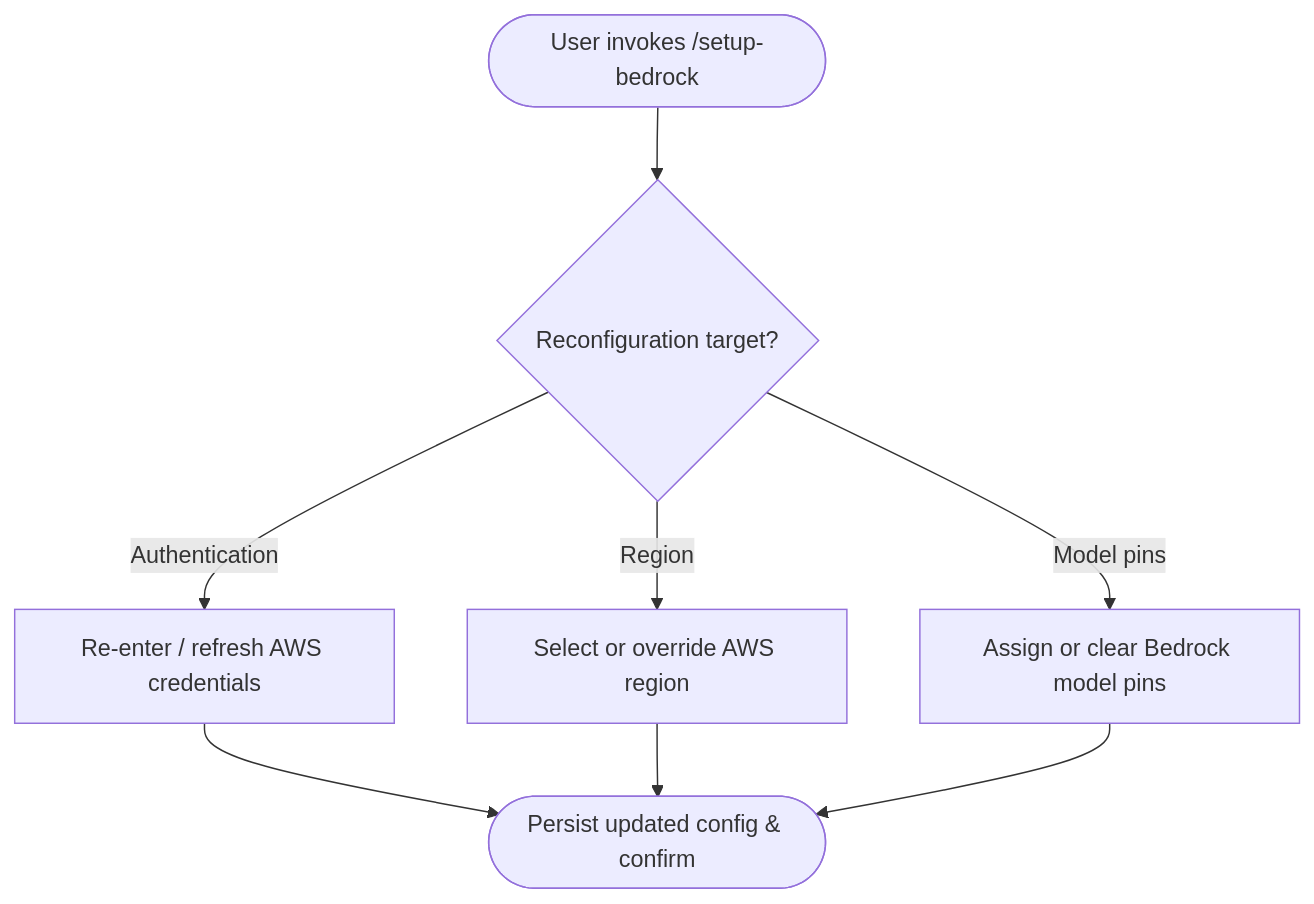
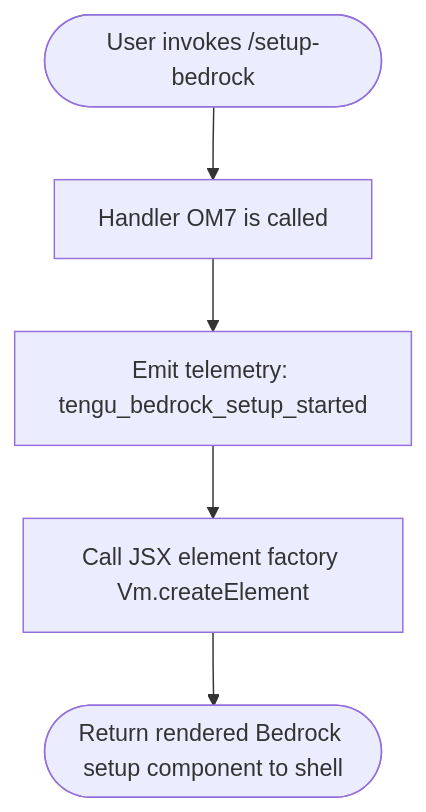
The diagram in versions/v2.1.144/setup-bedrock.md (MyLittleLuckyDog/cc-gnothi), drawn with Mermaid before and after one commit. The commit also changed other lines of this file and 483 other files, not shown here.

````diff
--- a/versions/v2.1.144/setup-bedrock.md
+++ b/versions/v2.1.144/setup-bedrock.md
@@ -46,10 +55,7 @@
 ```mermaid
 flowchart TD
-    A([User invokes /setup-bedrock]) --> B{Reconfiguration target?}
-    B -->|Authentication| C[Re-enter / refresh AWS credentials]
-    B -->|Region| D[Select or override AWS region]
-    B -->|Model pins| E[Assign or clear Bedrock model pins]
-    C --> F([Persist updated config & confirm])
-    D --> F
-    E --> F
+    A([User invokes /setup-bedrock]) --> B[Handler OM7 is called]
+    B --> C[Emit telemetry: tengu_bedrock_setup_started]
+    C --> D[Call JSX element factory Vm.createElement]
+    D --> E([Return rendered Bedrock setup component to shell])
 ```
````
